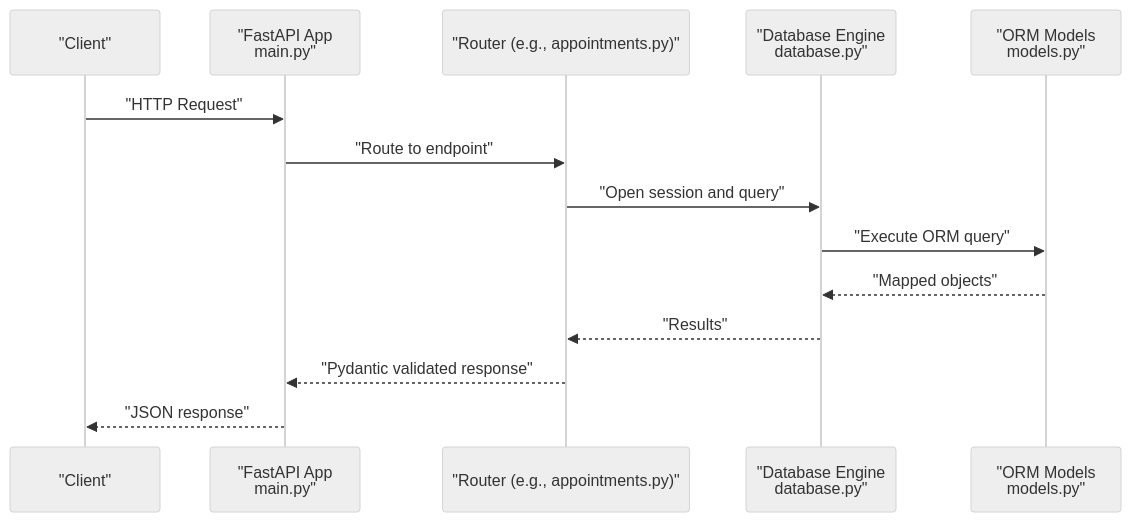
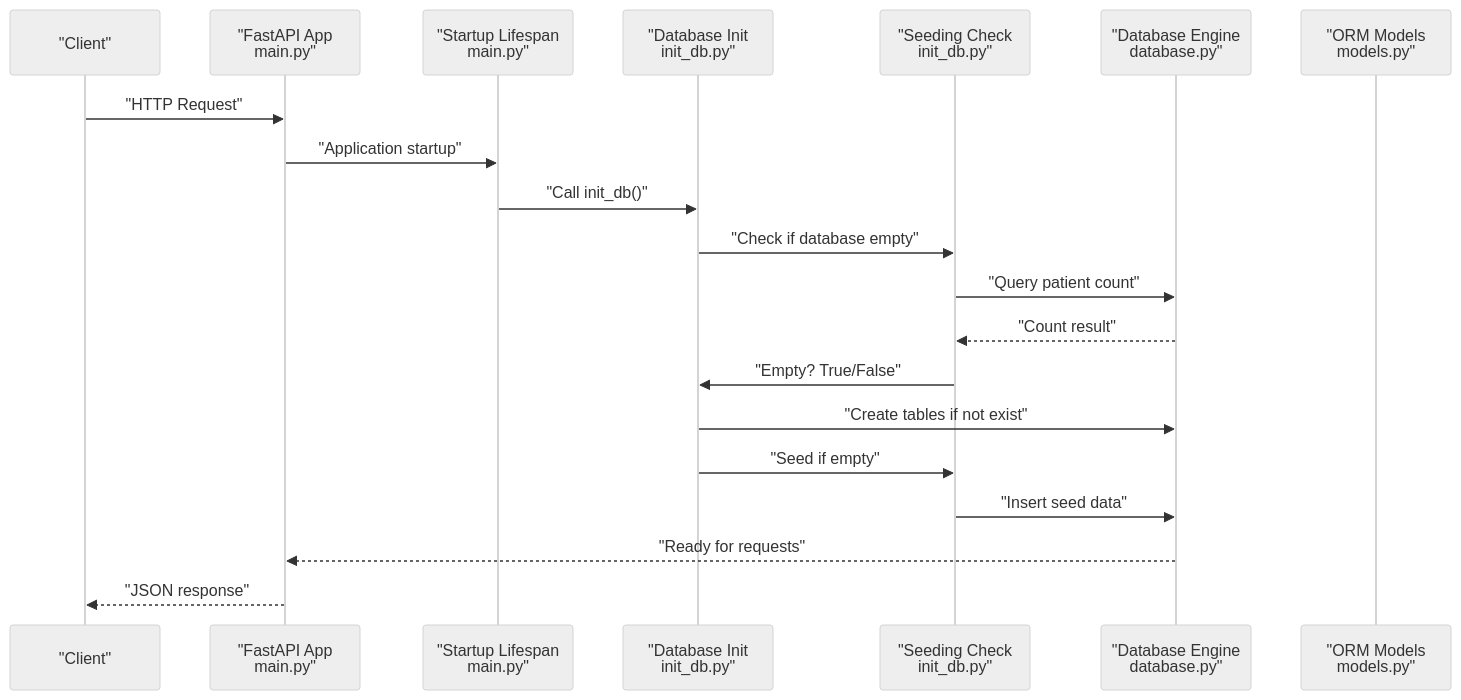
One commit to kasliwalsarthak7972/smart-healthcare-dashboard changed the second of 6 diagrams in .qoder/repowiki/en/content/Database Schema & Data Models.md. Above: the diagram before and after it, drawn with Mermaid (neutral theme). The commit also changed other lines of this file and 9 other files, not shown here.

````diff
--- a/.qoder/repowiki/en/content/Database Schema & Data Models.md
+++ b/.qoder/repowiki/en/content/Database Schema & Data Models.md
@@ -152,16 +152,22 @@
 ```mermaid
 sequenceDiagram
 participant Client as "Client"
 participant API as "FastAPI App<br/>main.py"
-participant Router as "Router (e.g., appointments.py)"
+participant Lifespan as "Startup Lifespan<br/>main.py"
+participant InitDB as "Database Init<br/>init_db.py"
+participant SeedCheck as "Seeding Check<br/>init_db.py"
 participant DB as "Database Engine<br/>database.py"
 participant Models as "ORM Models<br/>models.py"
 Client->>API : "HTTP Request"
-API->>Router : "Route to endpoint"
-Router->>DB : "Open session and query"
-DB->>Models : "Execute ORM query"
-Models-->>DB : "Mapped objects"
-DB-->>Router : "Results"
-Router-->>API : "Pydantic validated response"
+API->>Lifespan : "Application startup"
+Lifespan->>InitDB : "Call init_db()"
+InitDB->>SeedCheck : "Check if database empty"
+SeedCheck->>DB : "Query patient count"
+DB-->>SeedCheck : "Count result"
+SeedCheck->>InitDB : "Empty? True/False"
+InitDB->>DB : "Create tables if not exist"
+InitDB->>SeedCheck : "Seed if empty"
+SeedCheck->>DB : "Insert seed data"
+DB-->>API : "Ready for requests"
 API-->>Client : "JSON response"
 ```
````
